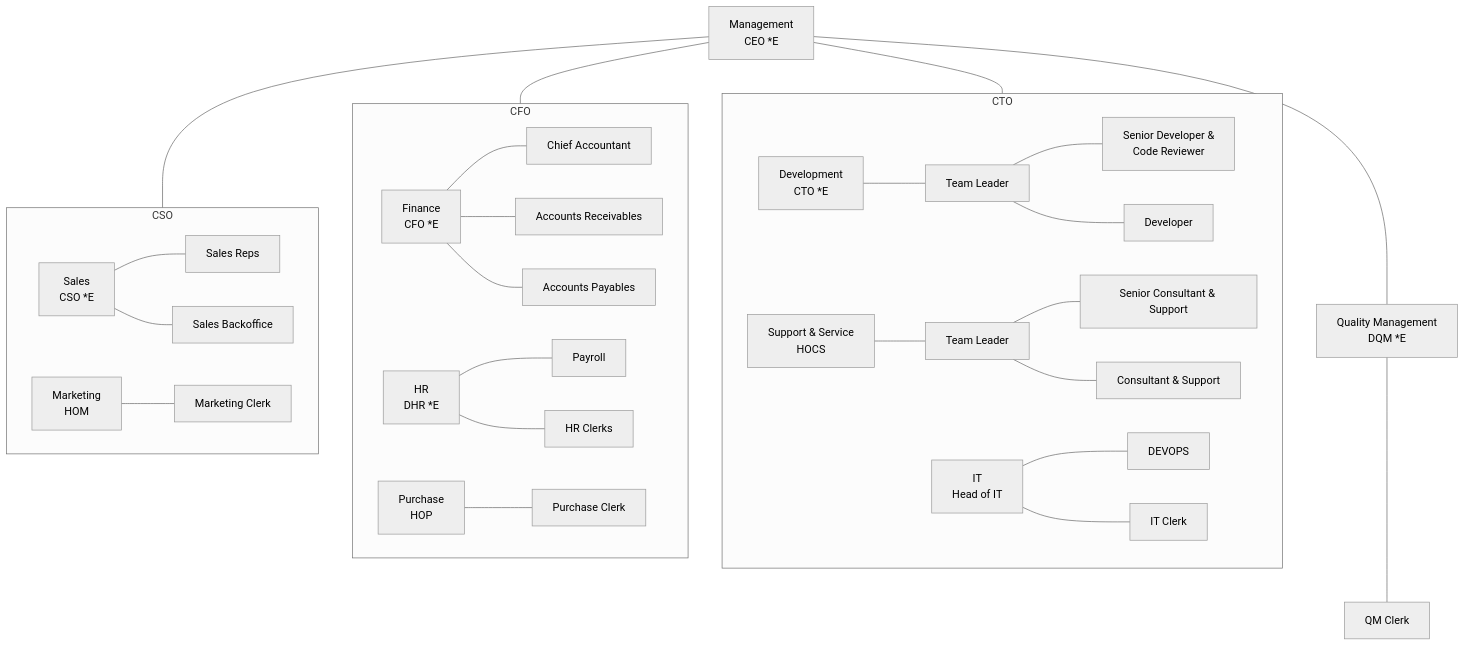
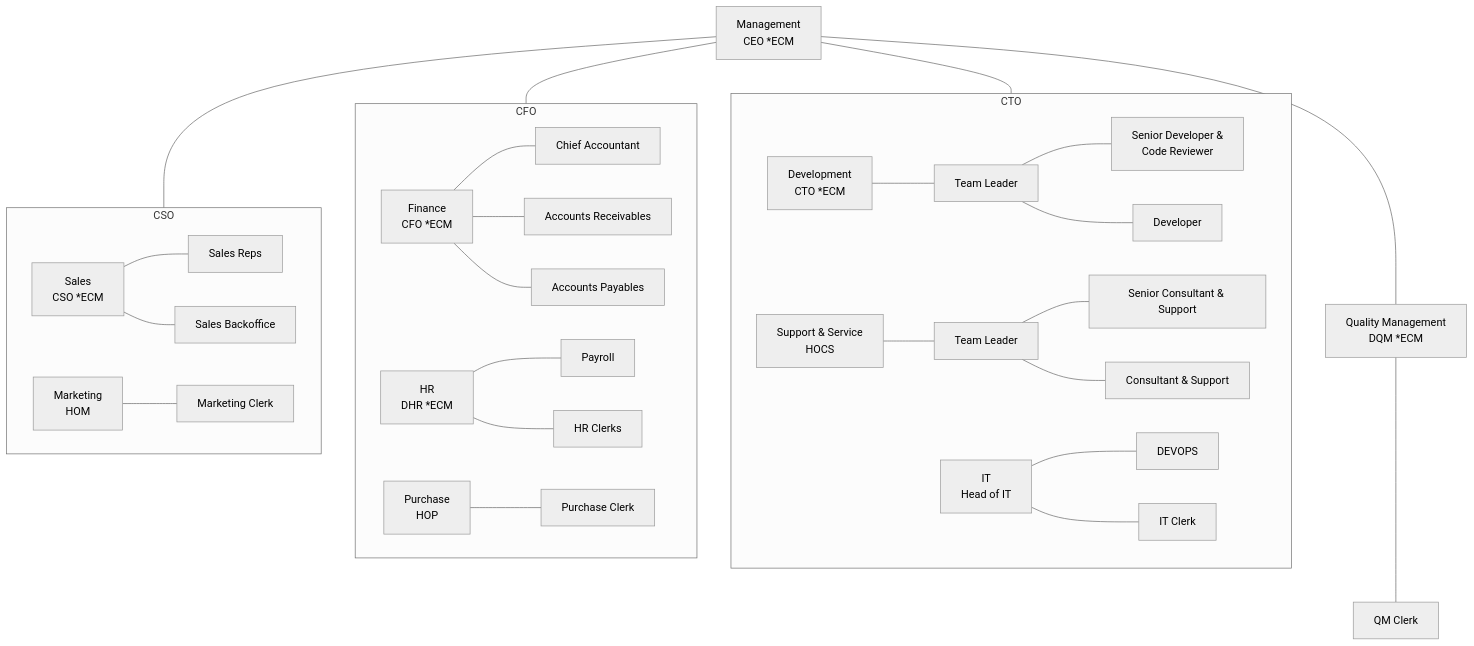
Before and after one commit to Karaka-Management/Organization-Guide: the diagram in Processes/Organigram.md, drawn with Mermaid (neutral theme). The commit also changed other lines of this file and 8 other files, not shown here.

````diff
--- a/Processes/Organigram.md
+++ b/Processes/Organigram.md
@@ -3,39 +3,39 @@
 ```mermaid
 flowchart TD;
     subgraph CTO
-        DEVELOPMENT[Development\nCTO *E];
+        DEVELOPMENT[Development\nCTO *ECM];
         DEVELOPMENT---TEAM_LEADER[Team Leader];
         TEAM_LEADER---SENIOR_DEVELOPER[Senior Developer &\nCode Reviewer];
         TEAM_LEADER---DEVELOPER[Developer];
         SUPPORT_SERVICE[Support & Service\nHOCS];
         SUPPORT_SERVICE---TEAM_LEADER_SUPPORT[Team Leader];
         TEAM_LEADER_SUPPORT---SENIOR_SUPPORT[Senior Consultant & Support];
         TEAM_LEADER_SUPPORT---SUPPORT[Consultant & Support];
         IT[IT\nHead of IT];
         IT---IT_DEVOPS[DEVOPS];
         IT---IT_CLERK[IT Clerk];
     end
-    MANAGEMENT[Management\nCEO *E]---CTO;
+    MANAGEMENT[Management\nCEO *ECM]---CTO;
     subgraph CFO
-        FINANCE[Finance\nCFO *E];
+        FINANCE[Finance\nCFO *ECM];
         FINANCE---CHIEF_ACCOUNTANT[Chief Accountant];
         FINANCE---ACCOUNTS_RECEIVABLES[Accounts Receivables];
         FINANCE---ACCOUNTS_PAYABLE[Accounts Payables];
-        HR[HR\nDHR *E];
+        HR[HR\nDHR *ECM];
         HR---PAYROLL[Payroll]
         HR---HR_CLERK[HR Clerks];
         PURCHASE[Purchase\nHOP];
         PURCHASE---PURCHASE_CLERK[Purchase Clerk];
     end
     MANAGEMENT---CFO;
     subgraph CSO
-        SALES[Sales\nCSO *E];
+        SALES[Sales\nCSO *ECM];
         SALES---SALES_REP[Sales Reps];
         SALES---SALES_BACKOFFICE[Sales Backoffice];
         MARKETING[Marketing\nHOM];
         MARKETING---MARKETING_CLERK[Marketing Clerk]
     end
     MANAGEMENT---CSO;
-    MANAGEMENT---QM[Quality Management\nDQM *E];
+    MANAGEMENT---QM[Quality Management\nDQM *ECM];
     QM---QM_CLERK[QM Clerk];
 ```
````
